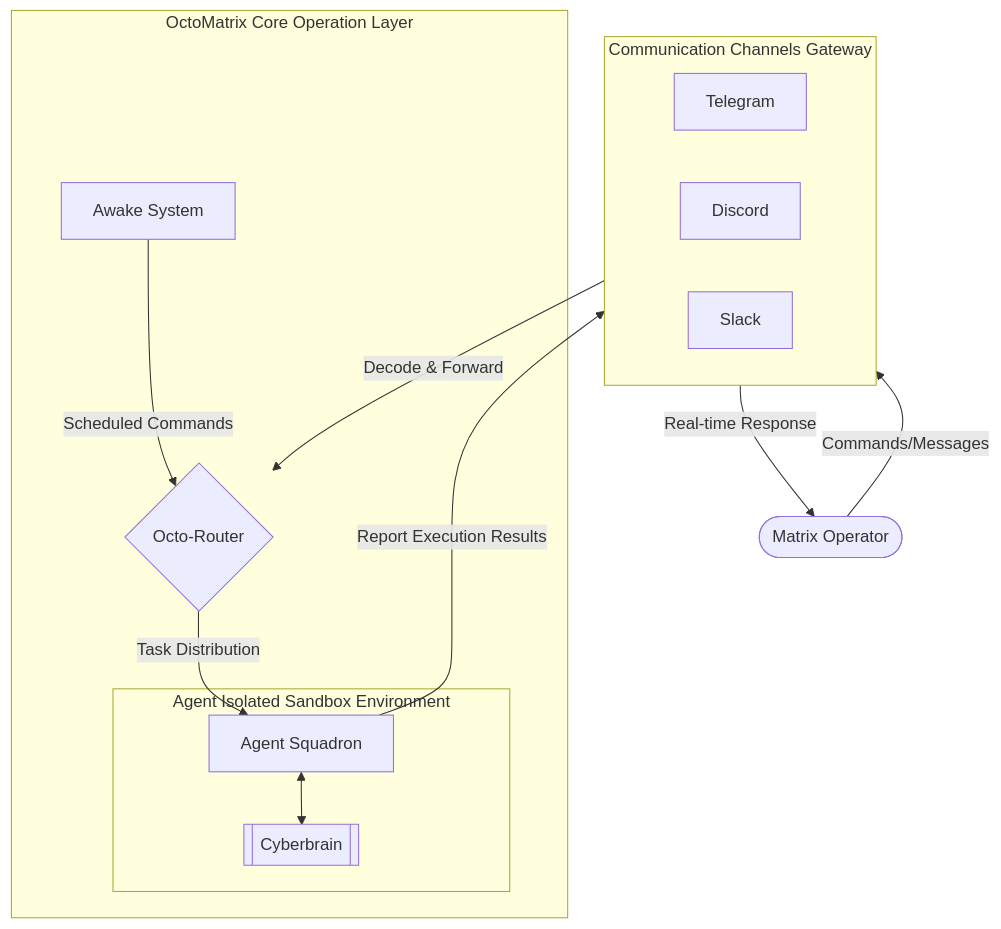
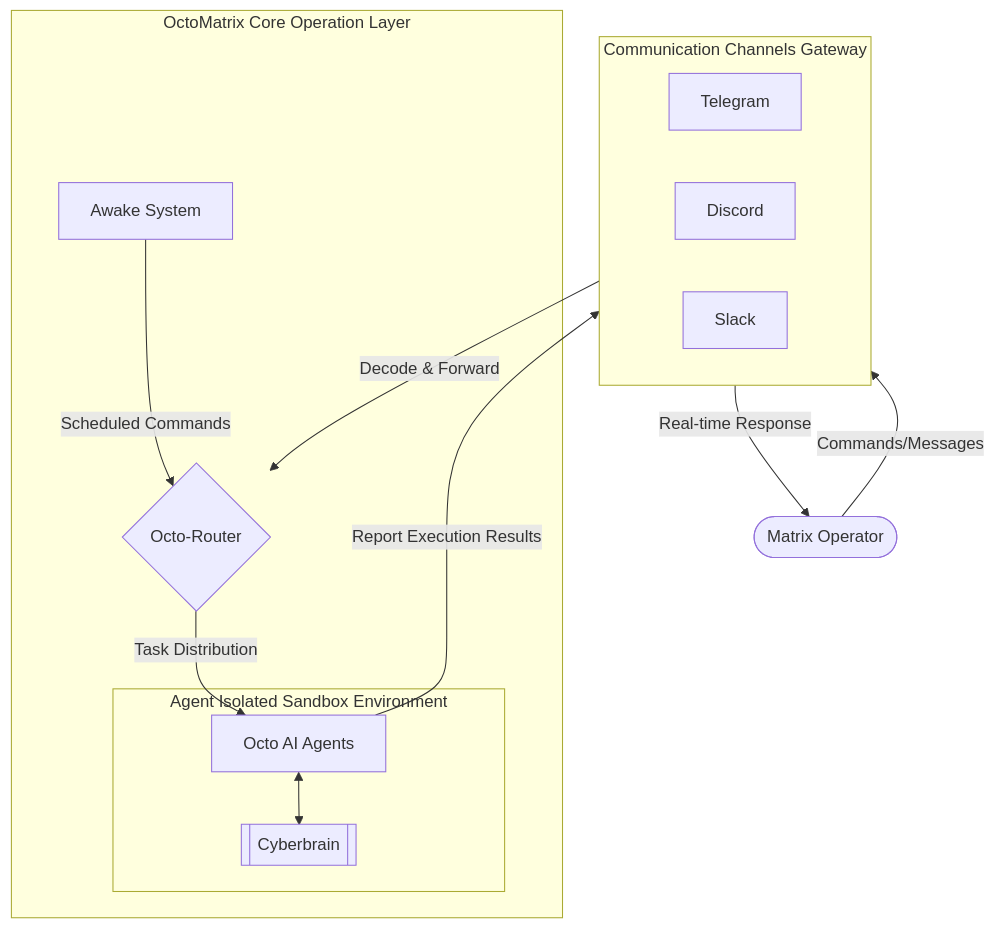
Before and after one commit to meso4444/OctoMatrix: the diagram in README.md, drawn with Mermaid. The commit also changed other lines of this file and 5 other files, not shown here.

First line of the commit message:
docs: standardize terminology on "Octo AI Agents"

````diff
--- a/README.md
+++ b/README.md
@@ -26,26 +26,26 @@
 ```mermaid
 graph TD
     Operator([Matrix Operator]) -- "Commands/Messages" --> Channels
     
     subgraph Channels [Communication Channels Gateway]
         TG[Telegram]
         DC[Discord]
         SL[Slack]
     end
     
     Channels -- "Decode & Forward" --> Router{Octo-Router}
     
     subgraph Core [OctoMatrix Core Operation Layer]
         Router -- "Task Distribution" --> Agents
         Awake[Awake System] -- "Scheduled Commands" --> Router
         
         subgraph Sandbox [Agent Isolated Sandbox Environment]
-            Agents[Agent Squadron]
+            Agents[Octo AI Agents]
             Cyberbrain[[Cyberbrain]]
             Agents <--> Cyberbrain
         end
     end
     
     Agents -- "Report Execution Results" --> Channels
     Channels -- "Real-time Response" --> Operator
 ```
````
